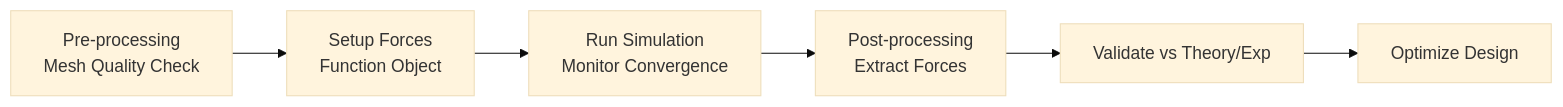
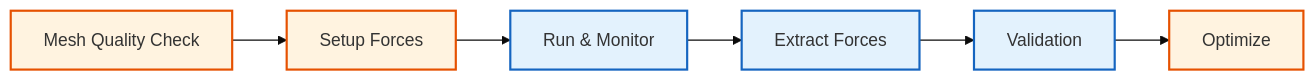
The second of 2 diagrams in MODULE_07_UTILITIES_AUTOMATION/CONTENT/03_POST_PROCESSING/02_Forces_and_Moments.md (wramet/build-my-cfd), drawn with Mermaid (base theme) before and after one commit. The commit also changed other lines of this file and 313 other files, not shown here.

Commit message:
Revise all diagram

````diff
--- a/MODULE_07_UTILITIES_AUTOMATION/CONTENT/03_POST_PROCESSING/02_Forces_and_Moments.md
+++ b/MODULE_07_UTILITIES_AUTOMATION/CONTENT/03_POST_PROCESSING/02_Forces_and_Moments.md
@@ -728,8 +729,12 @@
 ```mermaid
 flowchart LR
-    A[Pre-processing<br/>Mesh Quality Check] --> B[Setup Forces<br/>Function Object]
-    B --> C[Run Simulation<br/>Monitor Convergence]
-    C --> D[Post-processing<br/>Extract Forces]
-    D --> E[Validate vs Theory/Exp]
-    E --> F[Optimize Design]
+%% Classes
+classDef explicit fill:#fff3e0,stroke:#e65100,stroke-width:2px;
+classDef implicit fill:#e3f2fd,stroke:#1565c0,stroke-width:2px;
+%% Nodes
+A[Mesh Quality Check]:::explicit --> B[Setup Forces]:::explicit
+B --> C[Run & Monitor]:::implicit
+C --> D[Extract Forces]:::implicit
+D --> E[Validation]:::implicit
+E --> F[Optimize]:::explicit
 ```
````
